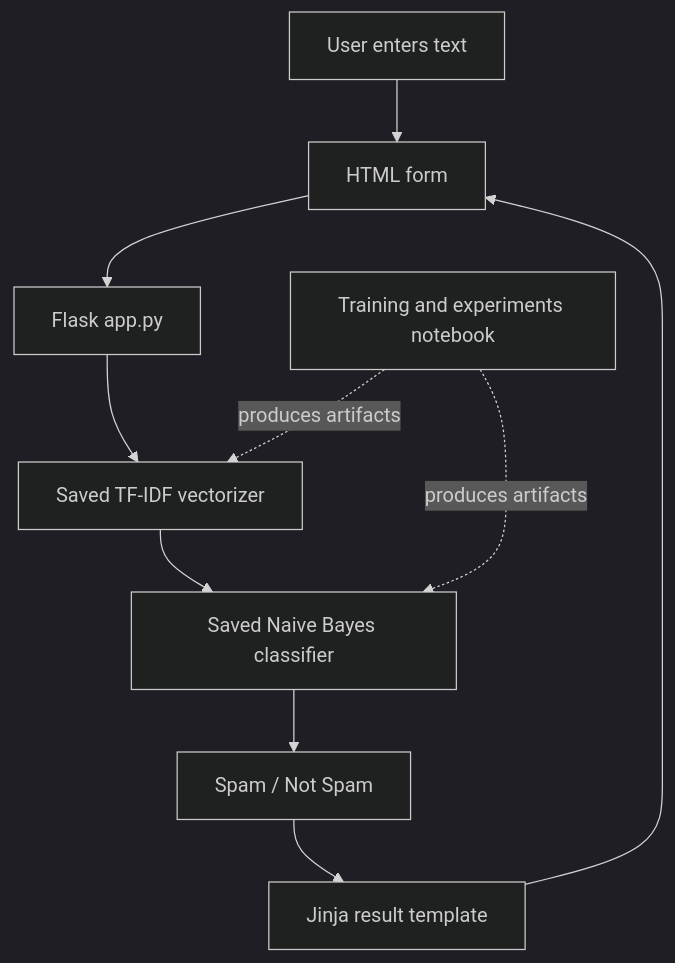
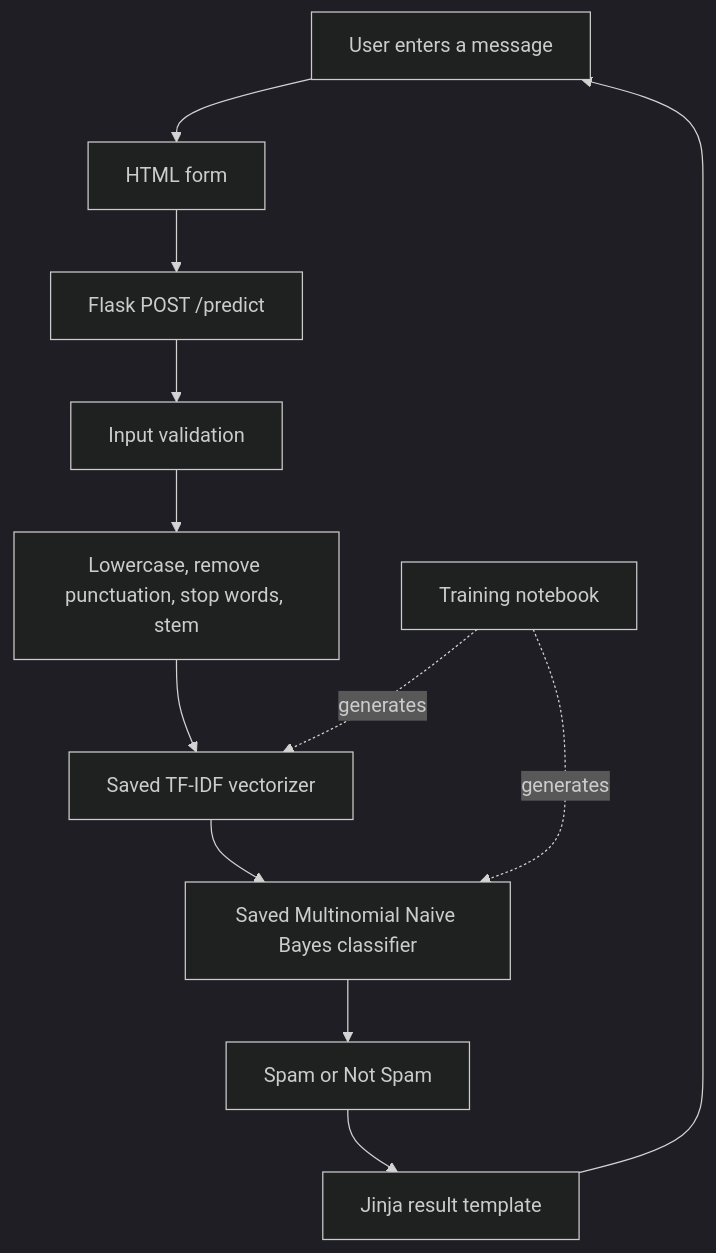
The diagram in docs/ARCHITECTURE.md (Brajesh31/Email-Spam-Detection-system), drawn with Mermaid (dark theme) before and after one commit. The commit also changed other lines of this file and 26 other files, not shown here.

Commit message:
docs: complete spam classifier project documentation and tests

````diff
--- a/docs/ARCHITECTURE.md
+++ b/docs/ARCHITECTURE.md
@@ -5,12 +7,14 @@
 ```mermaid
 flowchart TD
-  User[User enters text] --> Browser[HTML form]
-  Browser --> Flask[Flask app.py]
-  Flask --> Vectorizer[Saved TF-IDF vectorizer]
-  Vectorizer --> Model[Saved Naive Bayes classifier]
-  Model --> Result[Spam / Not Spam]
+  User[User enters a message] --> Form[HTML form]
+  Form --> Route[Flask POST /predict]
+  Route --> Validation[Input validation]
+  Validation --> Preprocess[Lowercase, remove punctuation, stop words, stem]
+  Preprocess --> Vectorizer[Saved TF-IDF vectorizer]
+  Vectorizer --> Classifier[Saved Multinomial Naive Bayes classifier]
+  Classifier --> Result[Spam or Not Spam]
   Result --> Template[Jinja result template]
-  Template --> Browser
-  Notebook[Training and experiments notebook] -. produces artifacts .-> Vectorizer
-  Notebook -. produces artifacts .-> Model
+  Template --> User
+  Notebook[Training notebook] -. generates .-> Vectorizer
+  Notebook -. generates .-> Classifier
 ```
````
